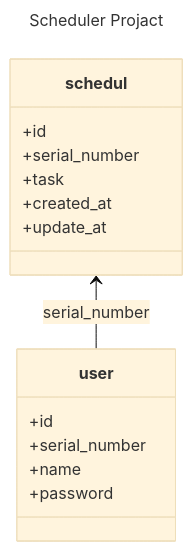
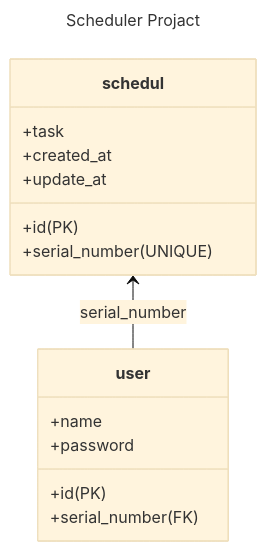
One commit to junseok708/cata_1 changed the diagram in README.md. Above: the diagram before and after it, drawn with Mermaid (base theme).

Commit message:
[수정] API 설계

````diff
--- a/README.md
+++ b/README.md
@@ -101,20 +101,20 @@
 ```mermaid
 ---
 title : "Scheduler Projact"
 ---
 classDiagram
     schedul <-- user: serial_number
     class schedul {
-        +id
-        +serial_number
+        +id(PK)
+        +serial_number(UNIQUE)
         +task
         +created_at
         +update_at
     }
     class user {
-        +id
-        +serial_number
+        +id(PK)
+        +serial_number(FK)
         +name
         +password
     }
 ```
````
